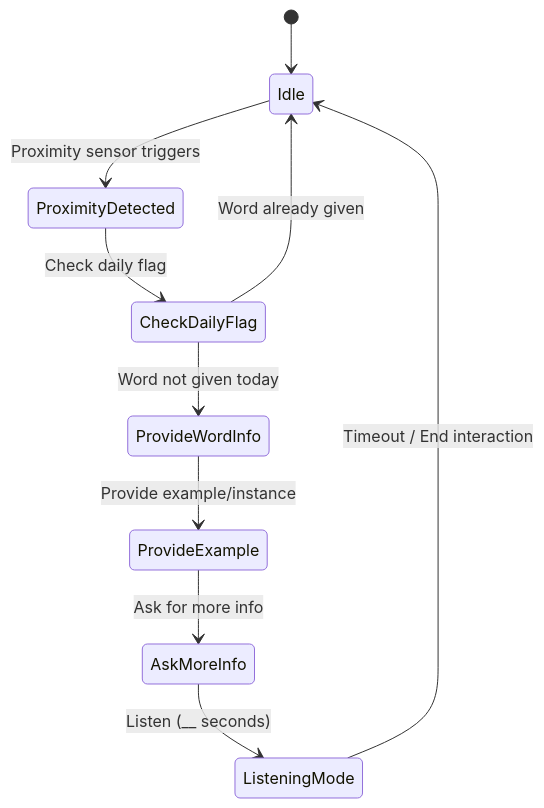
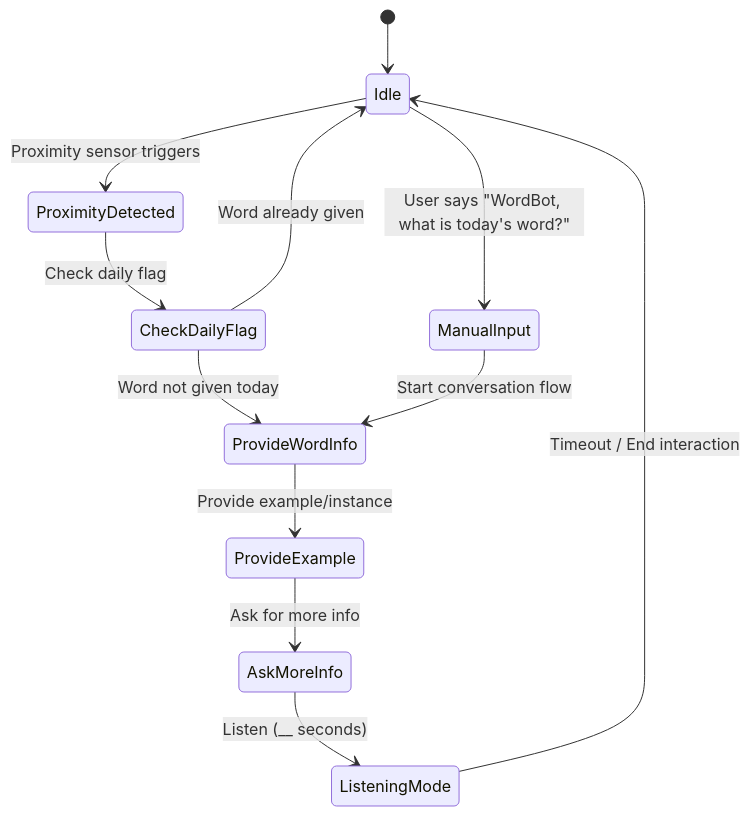
The second of 2 diagrams in Lab 3/README.md (ji227/Jesse-Iriah-s-Lab-Hub), drawn with Mermaid before and after one commit. The commit also changed other lines of this file, not shown here.

````diff
--- a/Lab 3/README.md
+++ b/Lab 3/README.md
@@ -94,12 +94,14 @@
 ```mermaid
 stateDiagram-v2
     [*] --> Idle
     Idle --> ProximityDetected : Proximity sensor triggers
     ProximityDetected --> CheckDailyFlag : Check daily flag
     CheckDailyFlag --> ProvideWordInfo : Word not given today
     CheckDailyFlag --> Idle : Word already given
     ProvideWordInfo --> ProvideExample : Provide example/instance
     ProvideExample --> AskMoreInfo : Ask for more info
     AskMoreInfo --> ListeningMode : Listen (__ seconds)
     ListeningMode --> Idle : Timeout / End interaction
+    Idle --> ManualInput : User says "WordBot, what is today's word?"
+    ManualInput --> ProvideWordInfo : Start conversation flow
 ```
````
